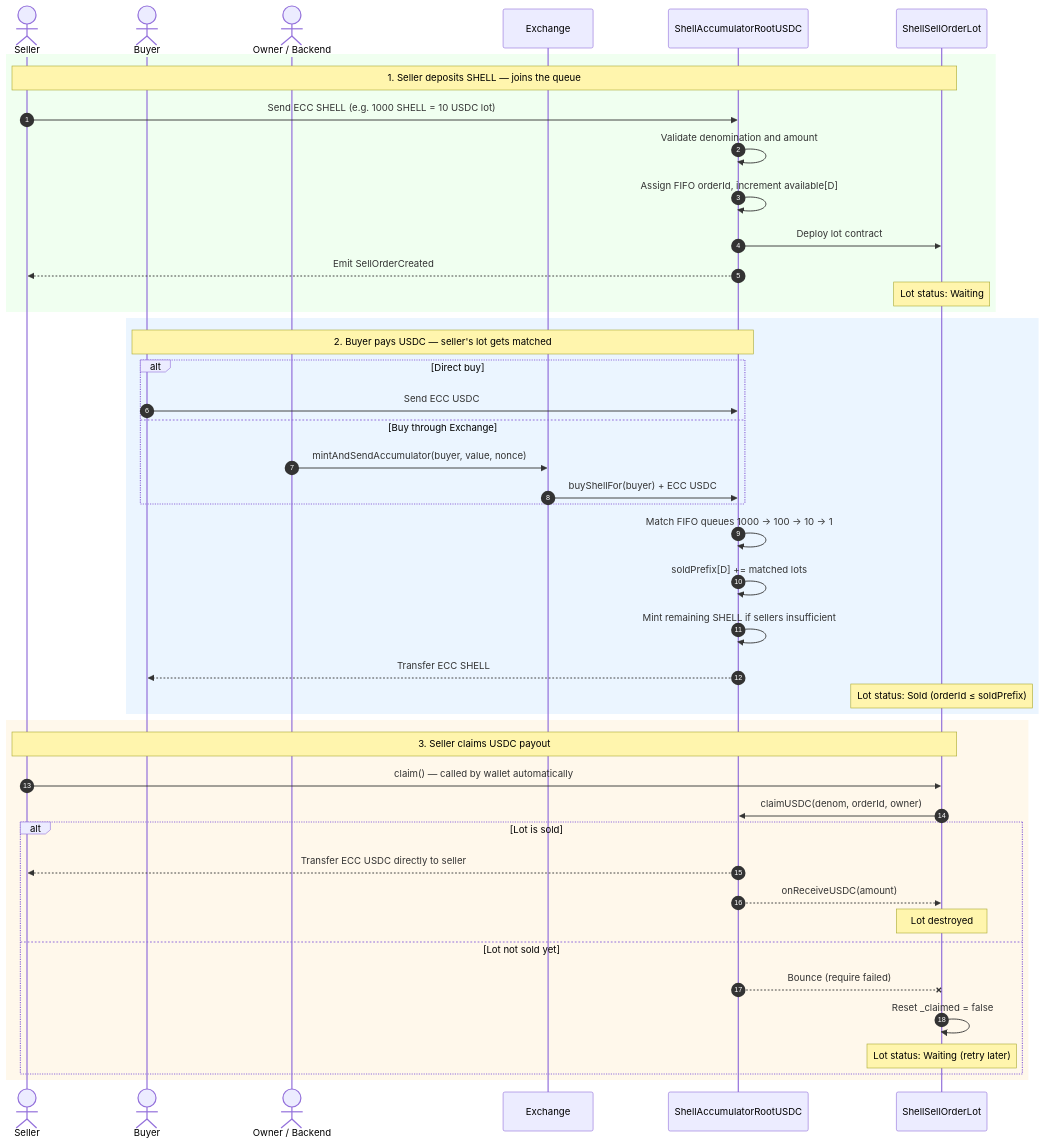
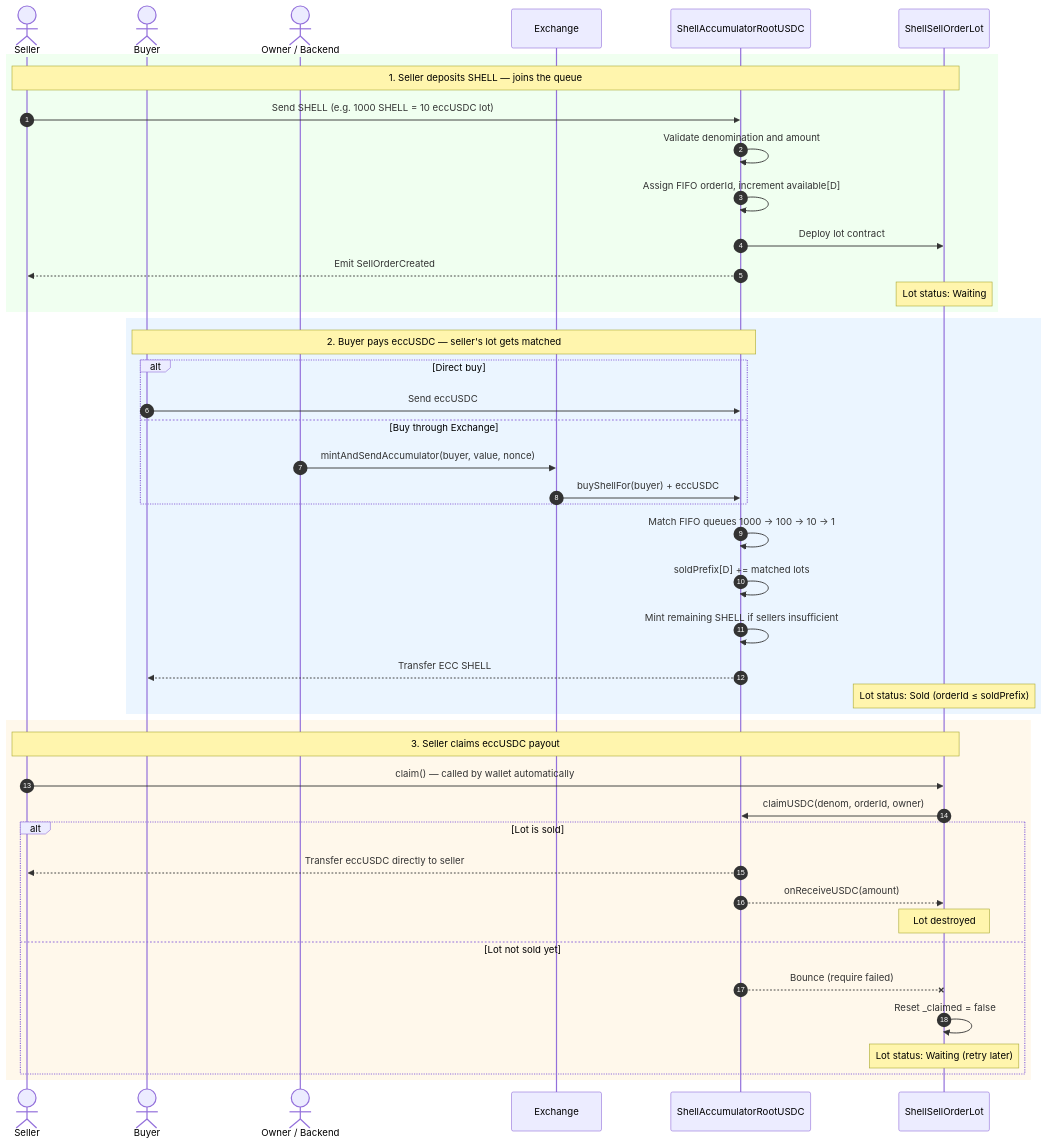
Before and after one commit to tvmlabs/tvm-sdk: the first of 5 diagrams in docs/accumulator-contract-system/sell-buy-burn-flows.md, drawn with Mermaid. The commit also changed other lines of this file and 4 other files, not shown here.

Commit message:
GITBOOK-87: rename USDC -> eccUSDC

````diff
--- a/docs/accumulator-contract-system/sell-buy-burn-flows.md
+++ b/docs/accumulator-contract-system/sell-buy-burn-flows.md
@@ -9,51 +9,51 @@
 ```mermaid
 sequenceDiagram
     autonumber
     actor Seller
     actor Buyer
     actor Owner as Owner / Backend
     participant Exchange
     participant Accumulator as ShellAccumulatorRootUSDC
     participant SellOrder as ShellSellOrderLot
 
     rect rgb(240, 255, 240)
         Note over Seller,SellOrder: 1. Seller deposits SHELL — joins the queue
-        Seller->>Accumulator: Send ECC SHELL (e.g. 1000 SHELL = 10 USDC lot)
+        Seller->>Accumulator: Send SHELL (e.g. 1000 SHELL = 10 eccUSDC lot)
         Accumulator->>Accumulator: Validate denomination and amount
         Accumulator->>Accumulator: Assign FIFO orderId, increment available[D]
         Accumulator->>SellOrder: Deploy lot contract
         Accumulator-->>Seller: Emit SellOrderCreated
         Note over SellOrder: Lot status: Waiting
     end
 
     rect rgb(235, 245, 255)
-        Note over Buyer,Accumulator: 2. Buyer pays USDC — seller's lot gets matched
+        Note over Buyer,Accumulator: 2. Buyer pays eccUSDC — seller's lot gets matched
         alt Direct buy
-            Buyer->>Accumulator: Send ECC USDC
+            Buyer->>Accumulator: Send eccUSDC
         else Buy through Exchange
             Owner->>Exchange: mintAndSendAccumulator(buyer, value, nonce)
-            Exchange->>Accumulator: buyShellFor(buyer) + ECC USDC
+            Exchange->>Accumulator: buyShellFor(buyer) + eccUSDC
         end
         Accumulator->>Accumulator: Match FIFO queues 1000 → 100 → 10 → 1
         Accumulator->>Accumulator: soldPrefix[D] += matched lots
         Accumulator->>Accumulator: Mint remaining SHELL if sellers insufficient
         Accumulator-->>Buyer: Transfer ECC SHELL
         Note over SellOrder: Lot status: Sold (orderId ≤ soldPrefix)
     end
     
     rect rgb(255, 248, 235)
-        Note over Seller,SellOrder: 3. Seller claims USDC payout
+        Note over Seller,SellOrder: 3. Seller claims eccUSDC payout
         Seller->>SellOrder: claim() — called by wallet automatically
         SellOrder->>Accumulator: claimUSDC(denom, orderId, owner)
          alt Lot is sold
-            Accumulator-->>Seller: Transfer ECC USDC directly to seller
+            Accumulator-->>Seller: Transfer eccUSDC directly to seller
             Accumulator-->>SellOrder: onReceiveUSDC(amount)
             Note over SellOrder: Lot destroyed
         else Lot not sold yet
             Accumulator--xSellOrder: Bounce (require failed)
             SellOrder->>SellOrder: Reset _claimed = false
             Note over SellOrder: Lot status: Waiting (retry later)
         end
     end 
 
 ```
````
